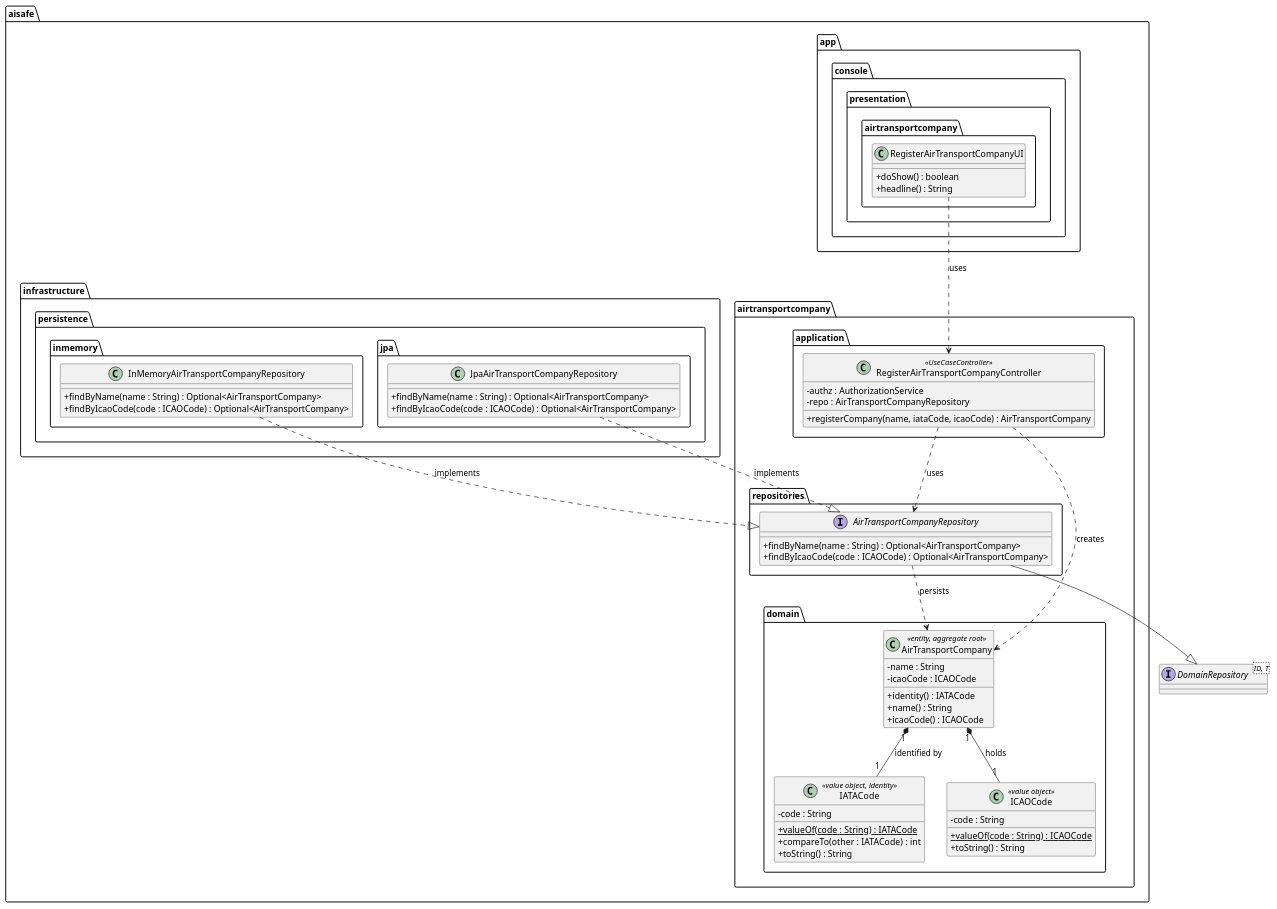
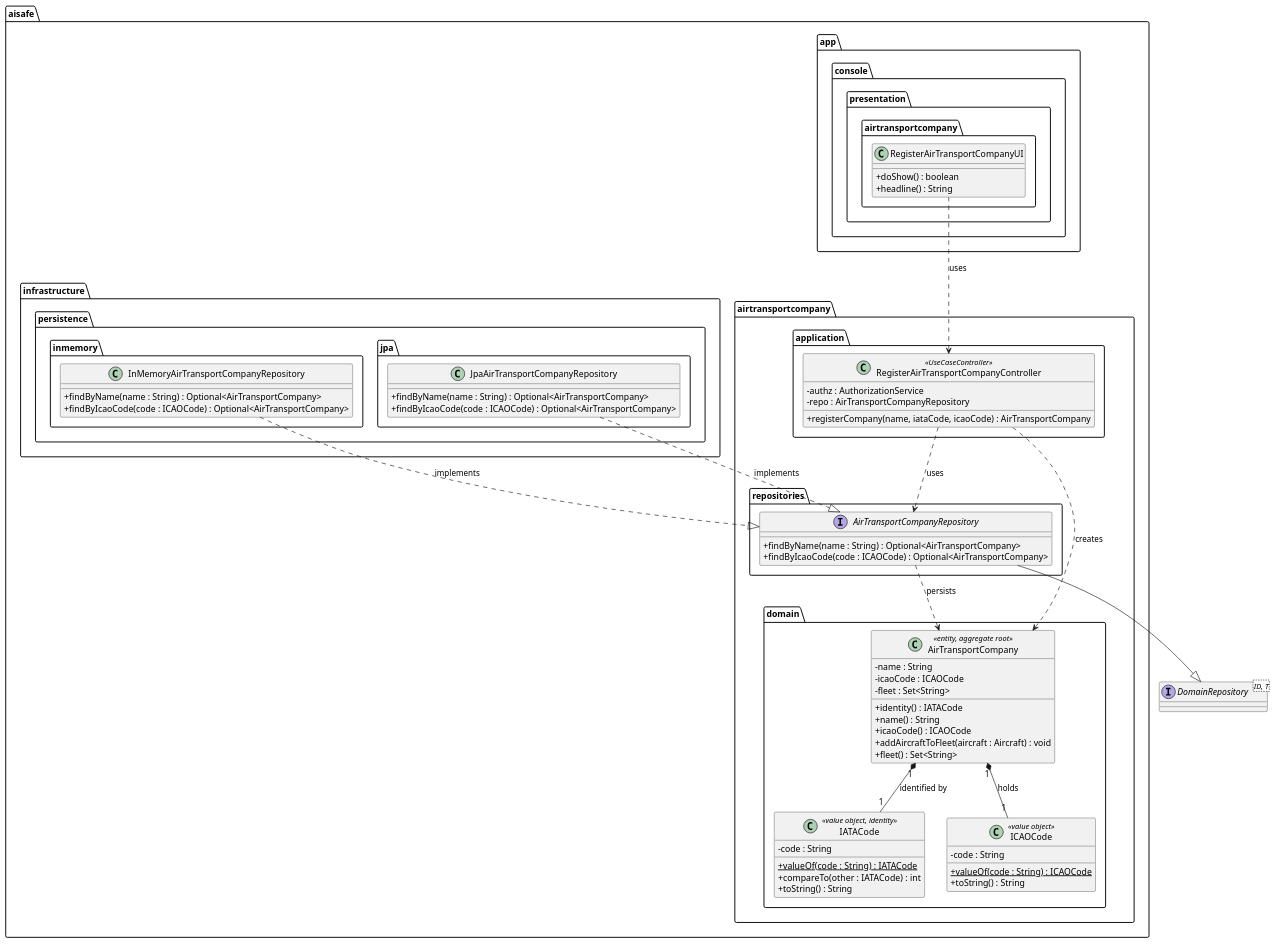
The diagram in aisafe.base/docs/user-stories/us060/puml/US060-class-diagram.puml (brunodspinto/aisafe), drawn with PlantUML before and after one commit. The commit also changed 3 other files, not shown here.

Commit message:
#30 US060 - refactor: update AirTransportCompany model to include fleet as Set<String> and enhance class diagram

```diff
--- a/aisafe.base/docs/user-stories/us060/puml/US060-class-diagram.puml
+++ b/aisafe.base/docs/user-stories/us060/puml/US060-class-diagram.puml
@@ -1,78 +1,81 @@
 @startuml
 skinparam shadowing false
 skinparam classAttributeIconSize 0
 
 package "aisafe.app.console.presentation.airtransportcompany" {
     class RegisterAirTransportCompanyUI {
         +doShow() : boolean
         +headline() : String
     }
 }
 
 package "aisafe.airtransportcompany.application" {
     class RegisterAirTransportCompanyController <<UseCaseController>> {
         -authz : AuthorizationService
         -repo : AirTransportCompanyRepository
         +registerCompany(name, iataCode, icaoCode) : AirTransportCompany
     }
 }
 
 package "aisafe.airtransportcompany.repositories" {
     interface AirTransportCompanyRepository {
         +findByName(name : String) : Optional<AirTransportCompany>
         +findByIcaoCode(code : ICAOCode) : Optional<AirTransportCompany>
     }
 }
 
 package "aisafe.airtransportcompany.domain" {
     class AirTransportCompany <<entity, aggregate root>> {
         -name : String
         -icaoCode : ICAOCode
+        -fleet : Set<String>
         +identity() : IATACode
         +name() : String
         +icaoCode() : ICAOCode
+        +addAircraftToFleet(aircraft : Aircraft) : void
+        +fleet() : Set<String>
     }
 
     class IATACode <<value object, identity>> {
         -code : String
         +{static} valueOf(code : String) : IATACode
         +compareTo(other : IATACode) : int
         +toString() : String
     }
 
     class ICAOCode <<value object>> {
         -code : String
         +{static} valueOf(code : String) : ICAOCode
         +toString() : String
     }
 }
 
 package "aisafe.infrastructure.persistence.inmemory" {
     class InMemoryAirTransportCompanyRepository {
         +findByName(name : String) : Optional<AirTransportCompany>
         +findByIcaoCode(code : ICAOCode) : Optional<AirTransportCompany>
     }
 }
 
 package "aisafe.infrastructure.persistence.jpa" {
     class JpaAirTransportCompanyRepository {
         +findByName(name : String) : Optional<AirTransportCompany>
         +findByIcaoCode(code : ICAOCode) : Optional<AirTransportCompany>
     }
 }
 
 interface DomainRepository<ID, T> {
 }
 
 AirTransportCompanyRepository --|> DomainRepository
 InMemoryAirTransportCompanyRepository ..|> AirTransportCompanyRepository : implements
 JpaAirTransportCompanyRepository ..|> AirTransportCompanyRepository : implements
 
 RegisterAirTransportCompanyUI ..> RegisterAirTransportCompanyController : uses
 RegisterAirTransportCompanyController ..> AirTransportCompanyRepository : uses
 RegisterAirTransportCompanyController ..> AirTransportCompany : creates
 AirTransportCompanyRepository ..> AirTransportCompany : persists
 AirTransportCompany "1" *-- "1" IATACode : "identified by"
 AirTransportCompany "1" *-- "1" ICAOCode : "holds"
 
 @enduml
```
